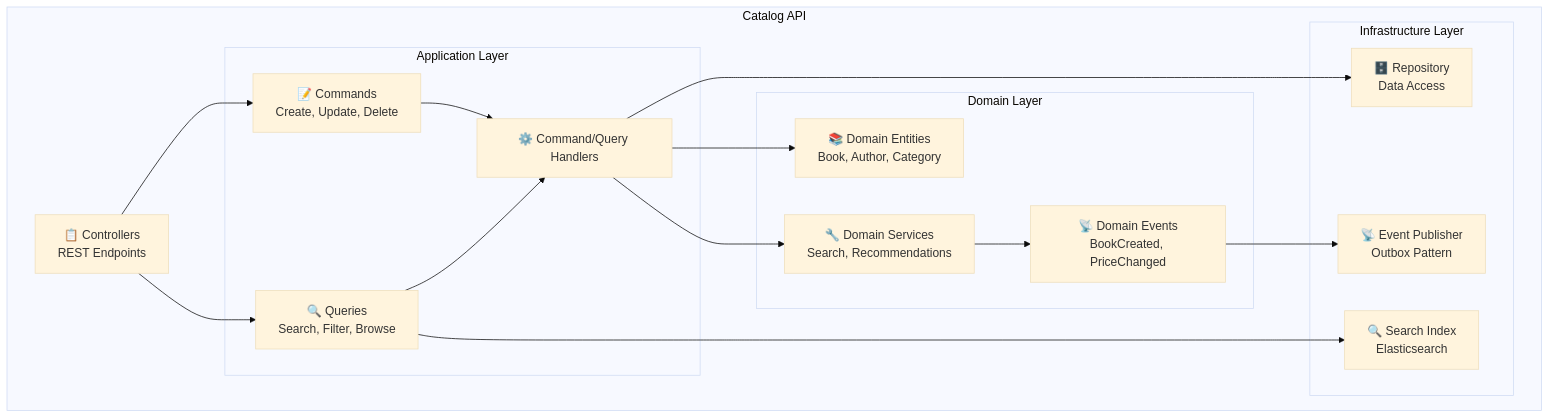
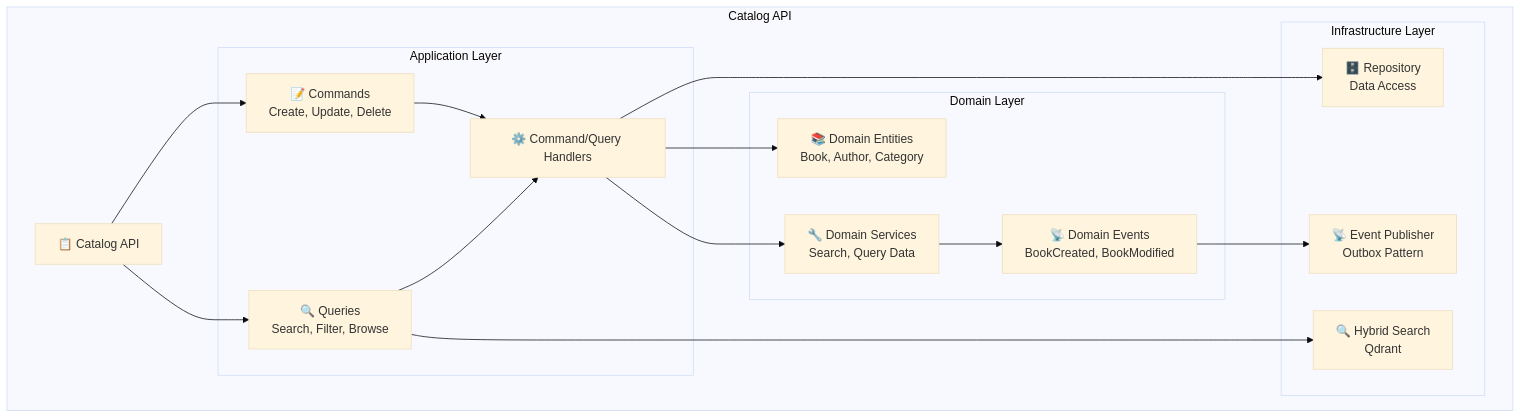
The second of 4 diagrams in docs/src/architecture/05-building-block-view.md (foxminchan/BookWorm), drawn with Mermaid (base theme) before and after one commit. The commit also changed other lines of this file and 29 other files, not shown here.

First line of the commit message:
feat(docs): Enhance architecture documentation with ADRs and detailed sections

````diff
--- a/docs/src/architecture/05-building-block-view.md
+++ b/docs/src/architecture/05-building-block-view.md
@@ -108,35 +127,37 @@
 ```mermaid
 graph TB
     subgraph "Catalog API"
-        Controller[📋 Controllers<br/>REST Endpoints]
-        
+        API[📋 Catalog API]
+
         subgraph "Application Layer"
             Commands[📝 Commands<br/>Create, Update, Delete]
             Queries[🔍 Queries<br/>Search, Filter, Browse]
             Handlers[⚙️ Command/Query Handlers]
         end
-        
+
         subgraph "Domain Layer"
             Entities[📚 Domain Entities<br/>Book, Author, Category]
-            Services[🔧 Domain Services<br/>Search, Recommendations]
-            Events[📡 Domain Events<br/>BookCreated, PriceChanged]
+            Services[🔧 Domain Services<br/>Search, Query Data]
+            Events[📡 Domain Events<br/>BookCreated, BookModified]
         end
-        
+
         subgraph "Infrastructure Layer"
             Repository[🗄️ Repository<br/>Data Access]
             EventPublisher[📡 Event Publisher<br/>Outbox Pattern]
-            SearchIndex[🔍 Search Index<br/>Elasticsearch]
+            SearchIndex[🔍 Hybrid Search<br/>Qdrant]
         end
     end
-    
-    Controller --> Commands
-    Controller --> Queries
+
+    API --> Commands
+    API --> Queries
     Commands --> Handlers
     Queries --> Handlers
     Handlers --> Entities
     Handlers --> Services
     Services --> Events
     Handlers --> Repository
     Events --> EventPublisher
     Queries --> SearchIndex
+
+    click API "https://bookwormdev.netlify.app/docs/services/productservice/1.0.0/spec/openapi-v1/"
 ```
````
